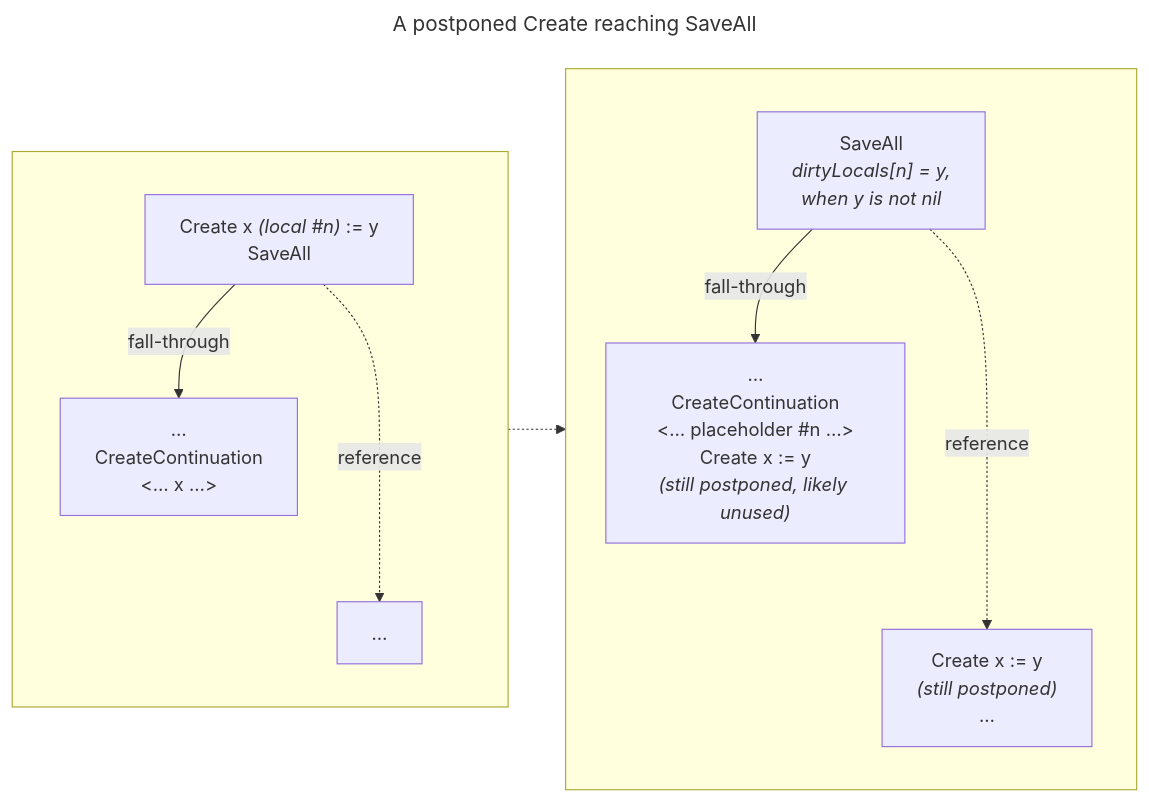
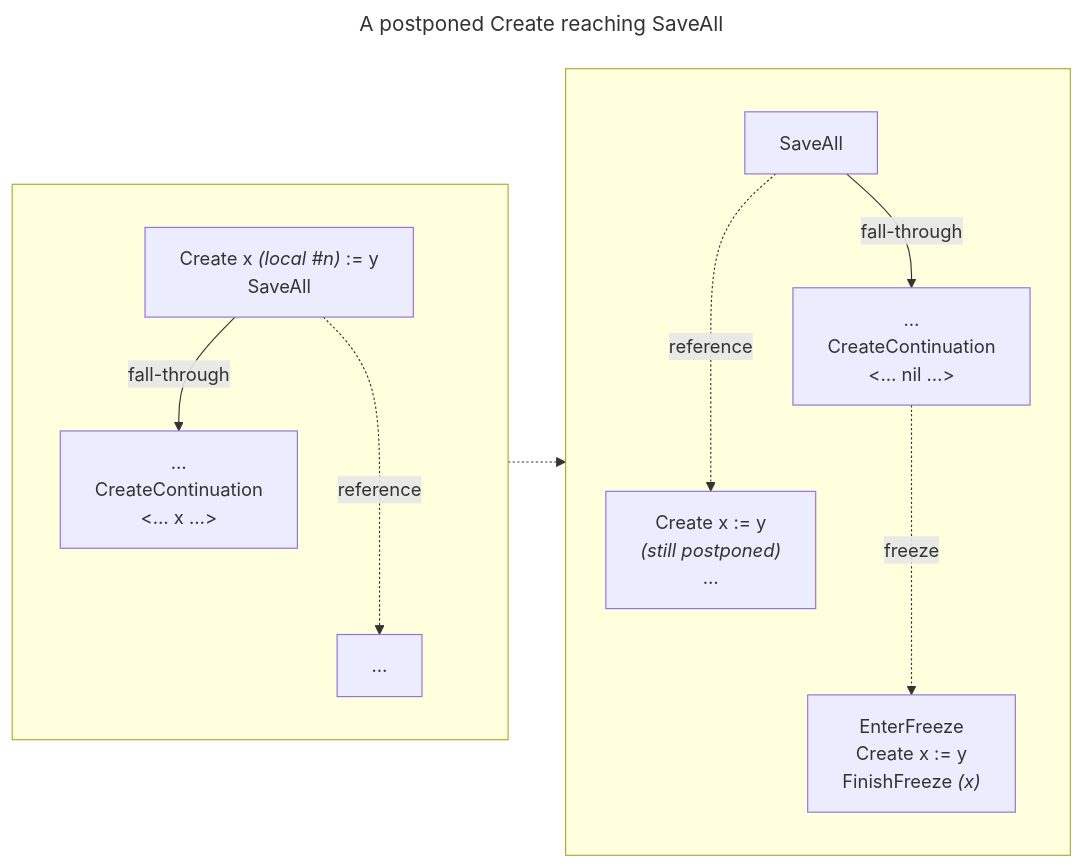
Before and after one commit to AvailLang/Avail: the third of 3 diagrams in avail/doc/Optimization/Level_Two/Variable_elision.md, drawn with Mermaid. The commit also changed other lines of this file and 34 other files, not shown here.

````diff
--- a/avail/doc/Optimization/Level_Two/Variable_elision.md
+++ b/avail/doc/Optimization/Level_Two/Variable_elision.md
@@ -212,27 +208,25 @@
 ```mermaid
 ---
 title: A postponed Create reaching SaveAll
 ---
 flowchart LR
  subgraph Before["&nbsp;"]
   direction TB
   BeforeHead["Create x <i>(local #n)</i> := y<br>SaveAll"]
   BeforeRef["…"]
   BeforeFall["…<br>CreateContinuation<br>&lt;… x …&gt;"]
   BeforeHead ..->|reference| BeforeRef
   BeforeHead -->|fall-through| BeforeFall
  end
  subgraph After["&nbsp;"]
   direction TB
-  AfterHead["SaveAll<br><i>dirtyLocals[n] = y,<br>when y is not nil</i>"]
+  AfterHead["SaveAll"]
   AfterRef["Create x := y<br><i>(still postponed)</i><br>…"]
-  AfterFall["`…
-  CreateContinuation
-  &lt;… placeholder #n …&gt;
-  Create x := y
-  *(still postponed, likely unused)*`"]
+  AfterFall["…<br>CreateContinuation<br>&lt;… nil …&gt;"]
+  AfterFreeze["EnterFreeze<br>Create x := y<br>FinishFreeze <i>(x)</i>"]
   AfterHead ..->|reference| AfterRef
   AfterHead -->|fall-through| AfterFall
+  AfterFall ..->|freeze| AfterFreeze
  end
  Before .-> After
 ```
````
